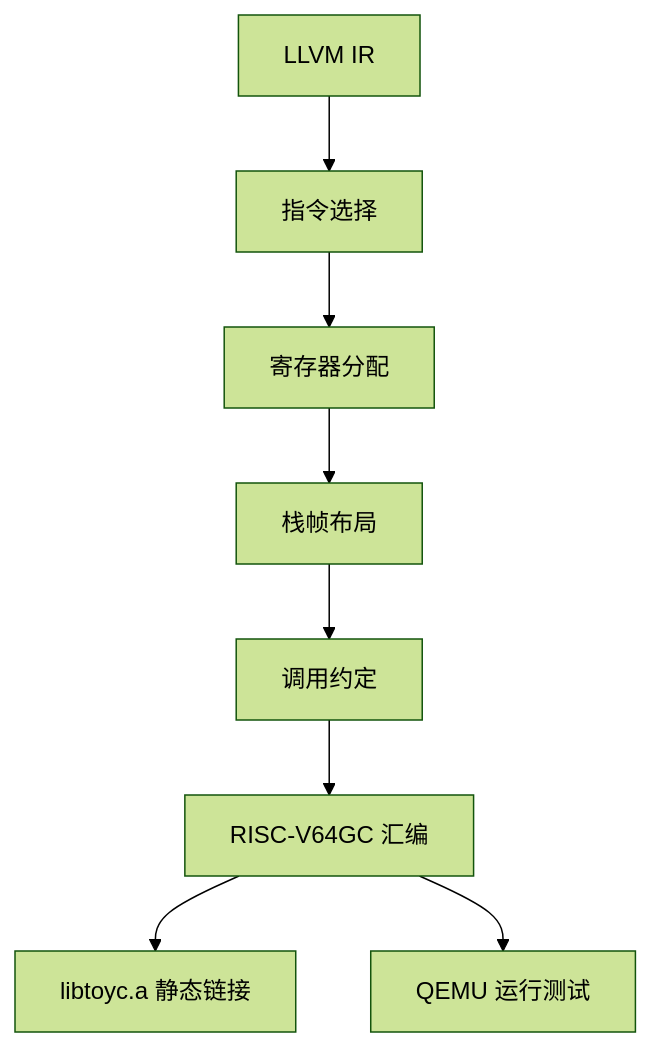
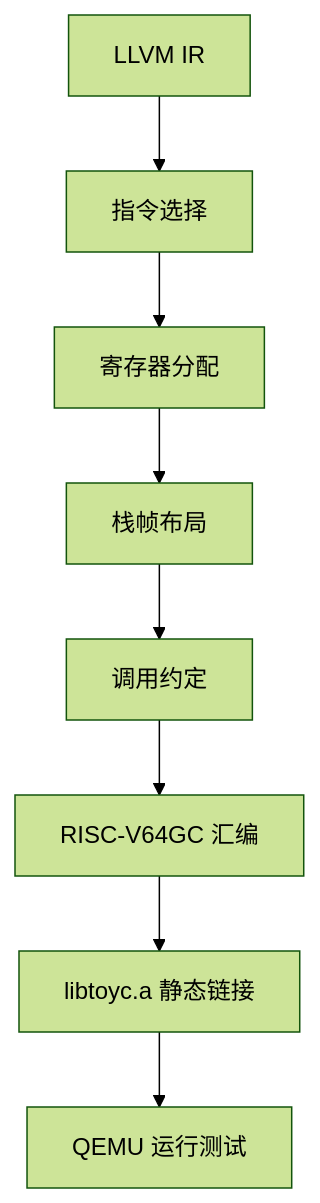
Before and after one commit to lightsmilew/compiler-principles: the first of 3 diagrams in docs/labs/part4-codegen.md, drawn with Mermaid (forest theme). The commit also changed other lines of this file and 32 other files, not shown here.

Commit message:
docs: unify assessment flow and submission guidance

````diff
--- a/docs/labs/part4-codegen.md
+++ b/docs/labs/part4-codegen.md
@@ -16,10 +16,10 @@
 ```mermaid
 flowchart TB
   I[LLVM IR] --> S[指令选择]
   S --> A[寄存器分配]
   A --> F[栈帧布局]
   F --> C[调用约定]
   C --> O[RISC-V64GC 汇编]
   O --> L[libtoyc.a 静态链接]
-  O --> Q[QEMU 运行测试]
+  L --> Q[QEMU 运行测试]
 ```
````
